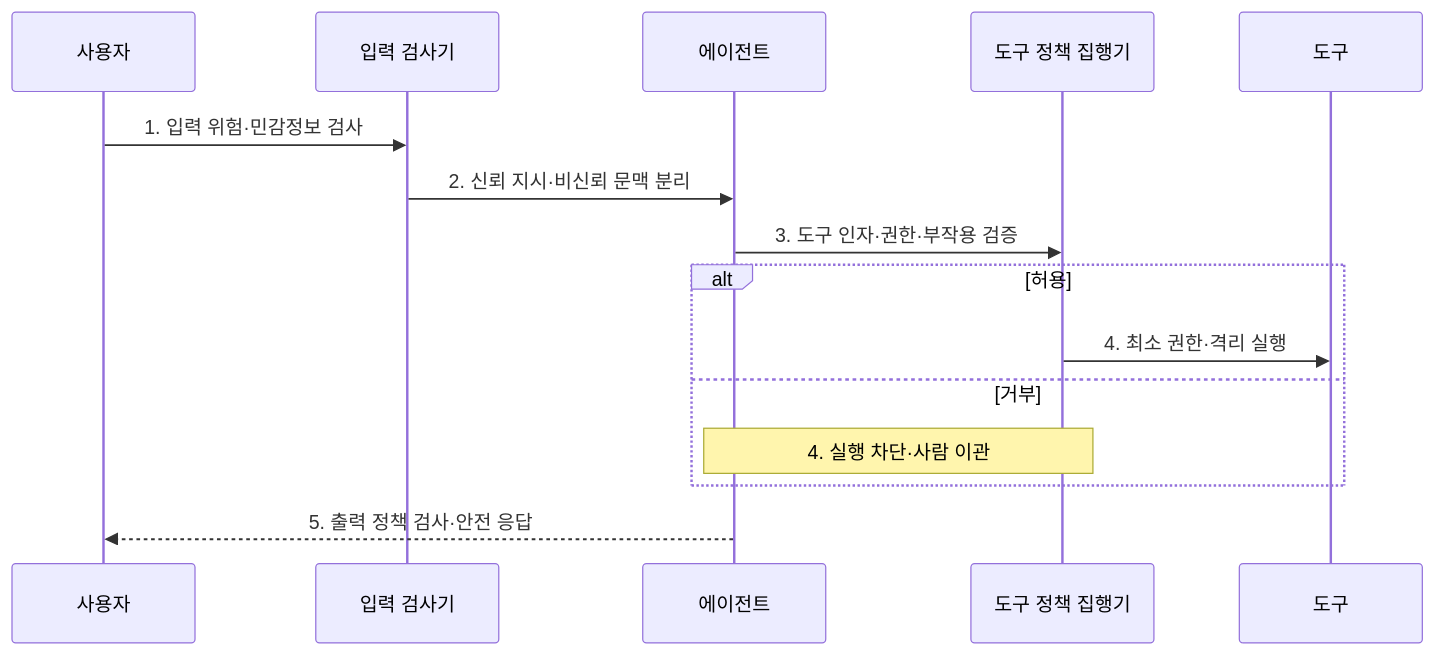
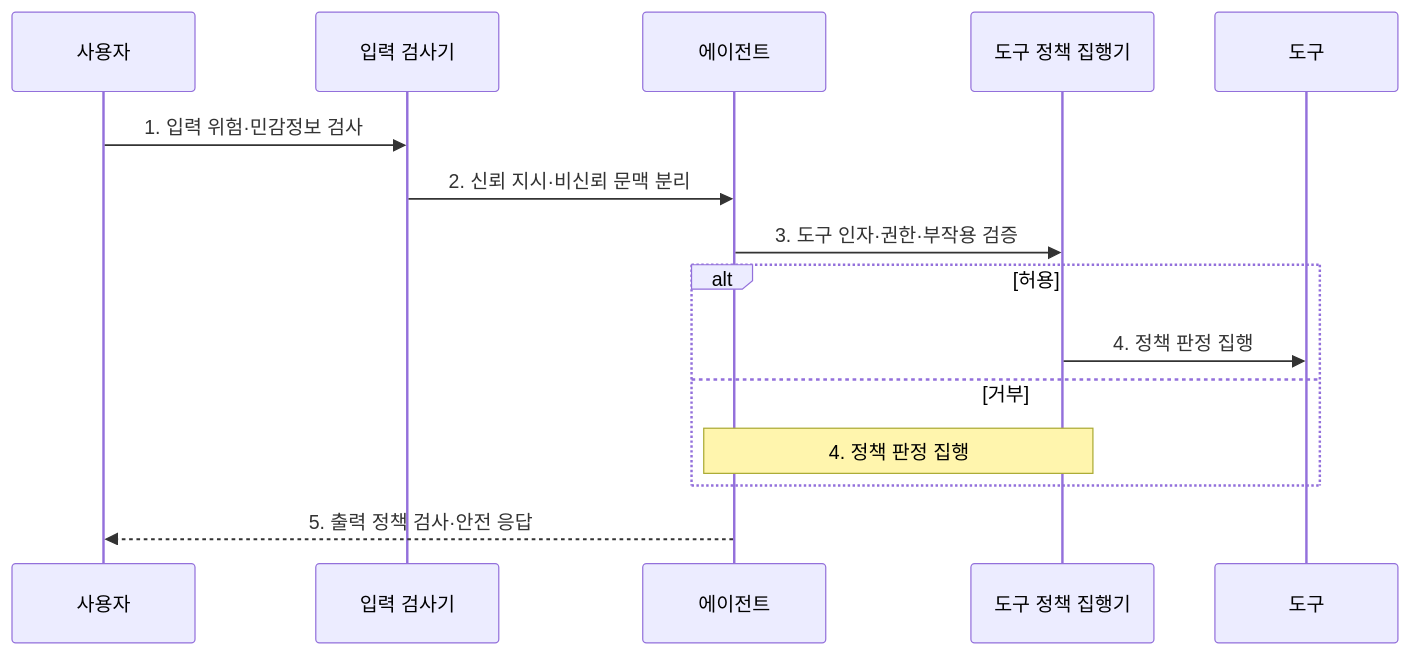
Before and after one commit to agnusdei1207/knowledge-base: the second of 2 diagrams in src/content/docs/notes/08-latest-tech/022_agent_guardrail.md, drawn with Mermaid. The commit also changed other lines of this file and 59 other files, not shown here.

````diff
--- a/src/content/docs/notes/08-latest-tech/022_agent_guardrail.md
+++ b/src/content/docs/notes/08-latest-tech/022_agent_guardrail.md
@@ -72,17 +72,17 @@
 ```mermaid
 sequenceDiagram
     participant U as 사용자
     participant I as 입력 검사기
     participant A as 에이전트
     participant P as 도구 정책 집행기
     participant T as 도구
     U->>I: 1. 입력 위험·민감정보 검사
     I->>A: 2. 신뢰 지시·비신뢰 문맥 분리
     A->>P: 3. 도구 인자·권한·부작용 검증
     alt 허용
-        P->>T: 4. 최소 권한·격리 실행
+        P->>T: 4. 정책 판정 집행
     else 거부
-        Note over P,A: 4. 실행 차단·사람 이관
+        Note over P,A: 4. 정책 판정 집행
     end
     A-->>U: 5. 출력 정책 검사·안전 응답
 ```
````
